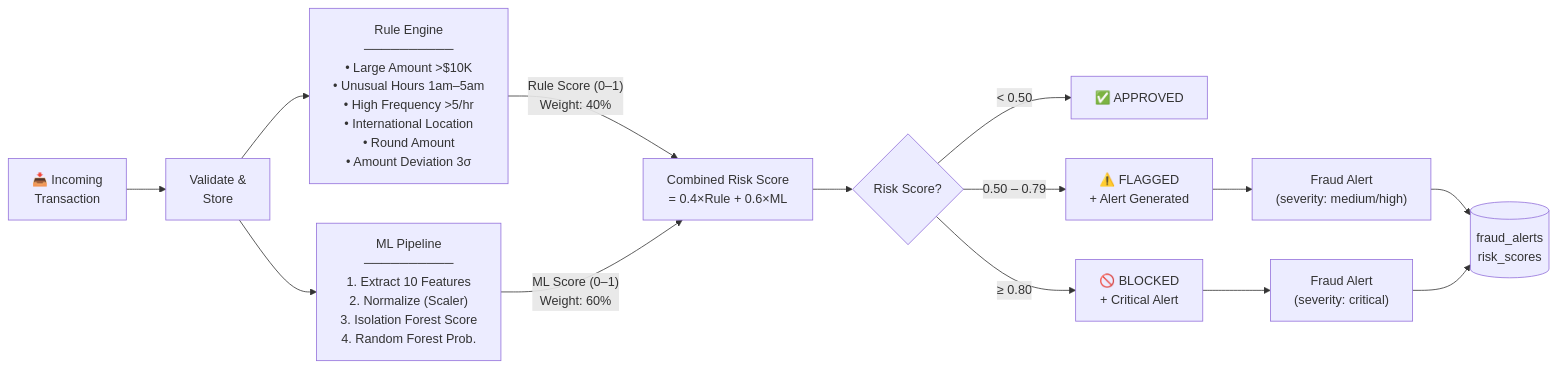
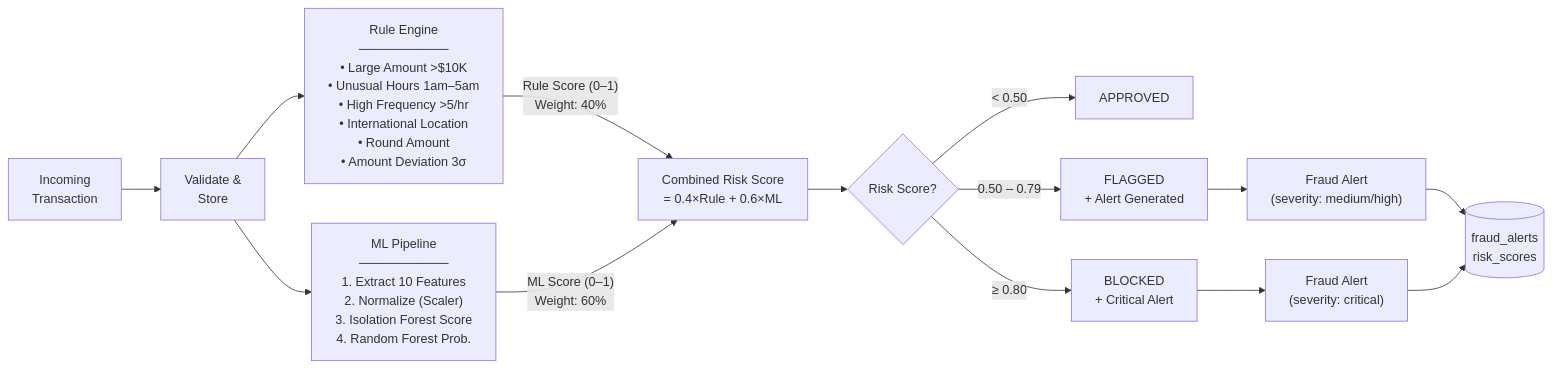
The second of 3 diagrams in docs/architecture-diagram.md (irinakaramyan/real-time-ai-fraud-detection-system), drawn with Mermaid before and after one commit. The commit also changed other lines of this file, not shown here.

````diff
--- a/docs/architecture-diagram.md
+++ b/docs/architecture-diagram.md
@@ -65,19 +65,19 @@
 ```mermaid
 flowchart LR
-    TXN["📥 Incoming\nTransaction"] --> VAL["Validate &\nStore"]
+    TXN[" Incoming\nTransaction"] --> VAL["Validate &\nStore"]
     VAL --> RULE["Rule Engine\n──────────\n• Large Amount >$10K\n• Unusual Hours 1am–5am\n• High Frequency >5/hr\n• International Location\n• Round Amount\n• Amount Deviation 3σ"]
     VAL --> MLPIPE["ML Pipeline\n──────────\n1. Extract 10 Features\n2. Normalize (Scaler)\n3. Isolation Forest Score\n4. Random Forest Prob."]
     RULE -- "Rule Score (0–1)\nWeight: 40%" --> COMBINE
     MLPIPE -- "ML Score (0–1)\nWeight: 60%" --> COMBINE
     COMBINE["Combined Risk Score\n= 0.4×Rule + 0.6×ML"] --> DECIDE
 
     DECIDE{Risk Score?}
-    DECIDE -- "< 0.50" --> APPROVED["✅ APPROVED"]
-    DECIDE -- "0.50 – 0.79" --> FLAGGED["⚠️ FLAGGED\n+ Alert Generated"]
-    DECIDE -- "≥ 0.80" --> BLOCKED["🚫 BLOCKED\n+ Critical Alert"]
+    DECIDE -- "< 0.50" --> APPROVED[" APPROVED"]
+    DECIDE -- "0.50 – 0.79" --> FLAGGED[" FLAGGED\n+ Alert Generated"]
+    DECIDE -- "≥ 0.80" --> BLOCKED[" BLOCKED\n+ Critical Alert"]
 
     FLAGGED --> ALERT["Fraud Alert\n(severity: medium/high)"]
     BLOCKED --> ALERT2["Fraud Alert\n(severity: critical)"]
     ALERT --> DB2[(fraud_alerts\nrisk_scores)]
     ALERT2 --> DB2
 ```
````
